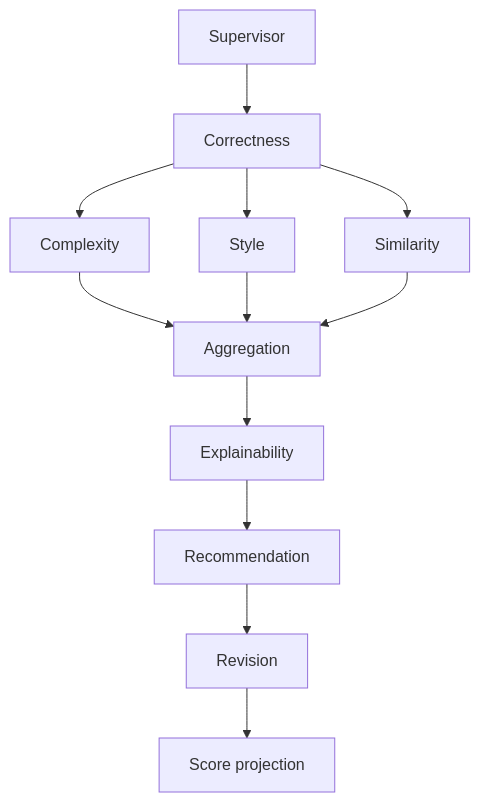
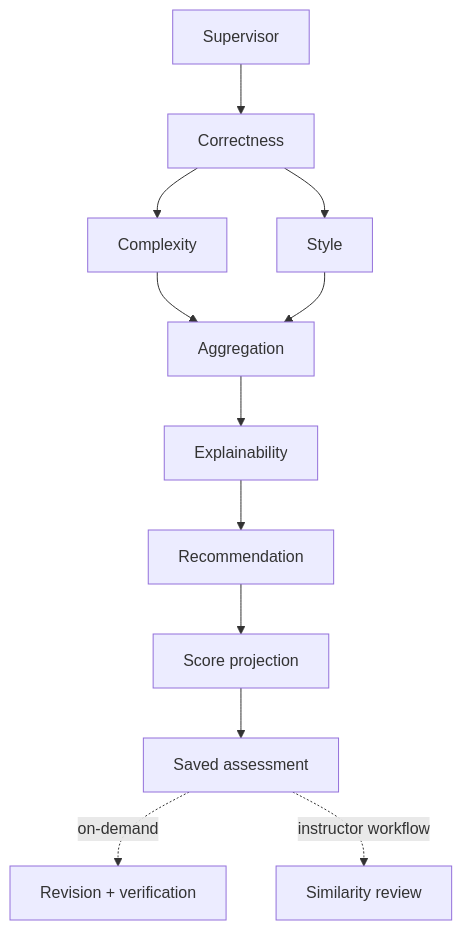
The second of 2 diagrams in README.md (multiagentcodereview2026/CodeAssessment), drawn with Mermaid before and after one commit. The commit also changed other lines of this file and 35 other files, not shown here.

````diff
--- a/README.md
+++ b/README.md
@@ -134,14 +134,14 @@
 ```mermaid
 flowchart TD
     S[Supervisor] --> C[Correctness]
     C --> X[Complexity]
     C --> Y[Style]
-    C --> Z[Similarity]
     X --> A[Aggregation]
     Y --> A
-    Z --> A
     A --> E[Explainability]
     E --> R[Recommendation]
-    R --> V[Revision]
-    V --> P[Score projection]
+    R --> P[Score projection]
+    P --> END[Saved assessment]
+    END -. on-demand .-> V[Revision + verification]
+    END -. instructor workflow .-> Z[Similarity review]
 ```
````
